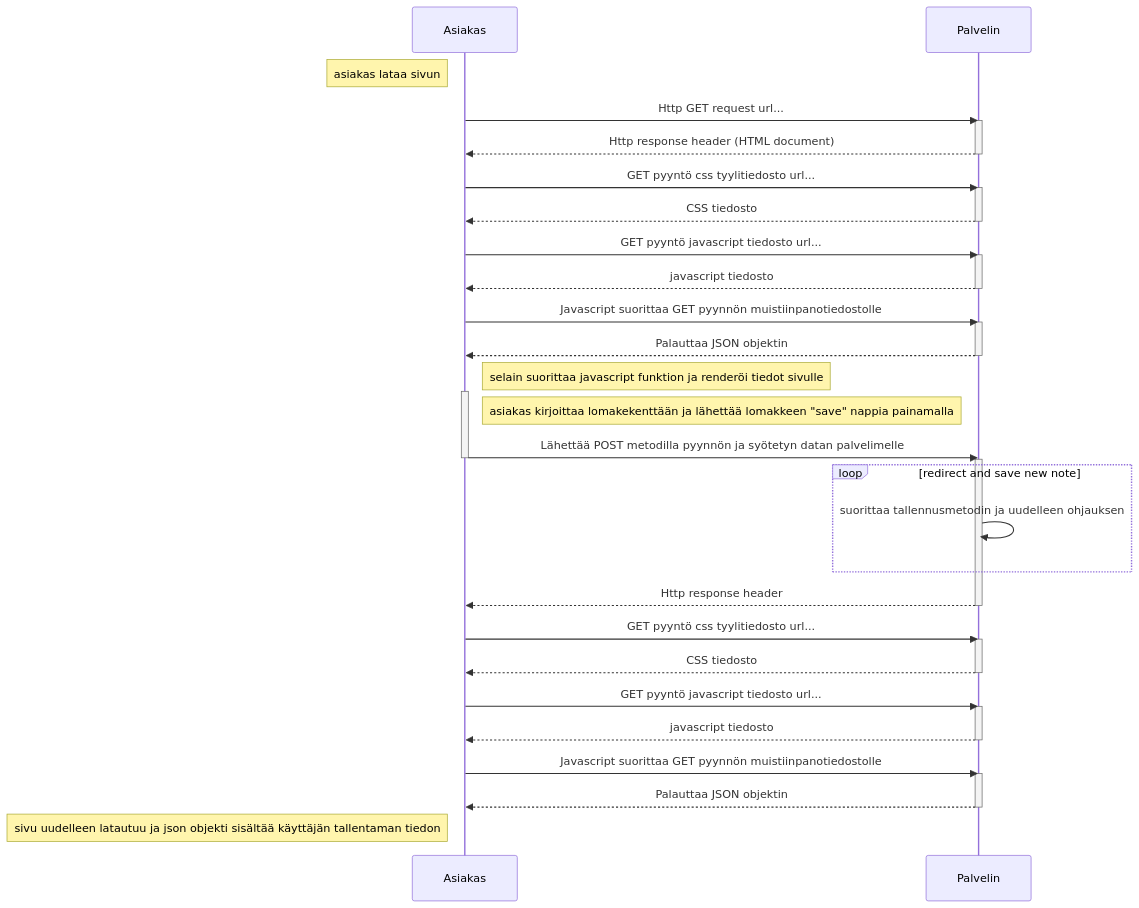
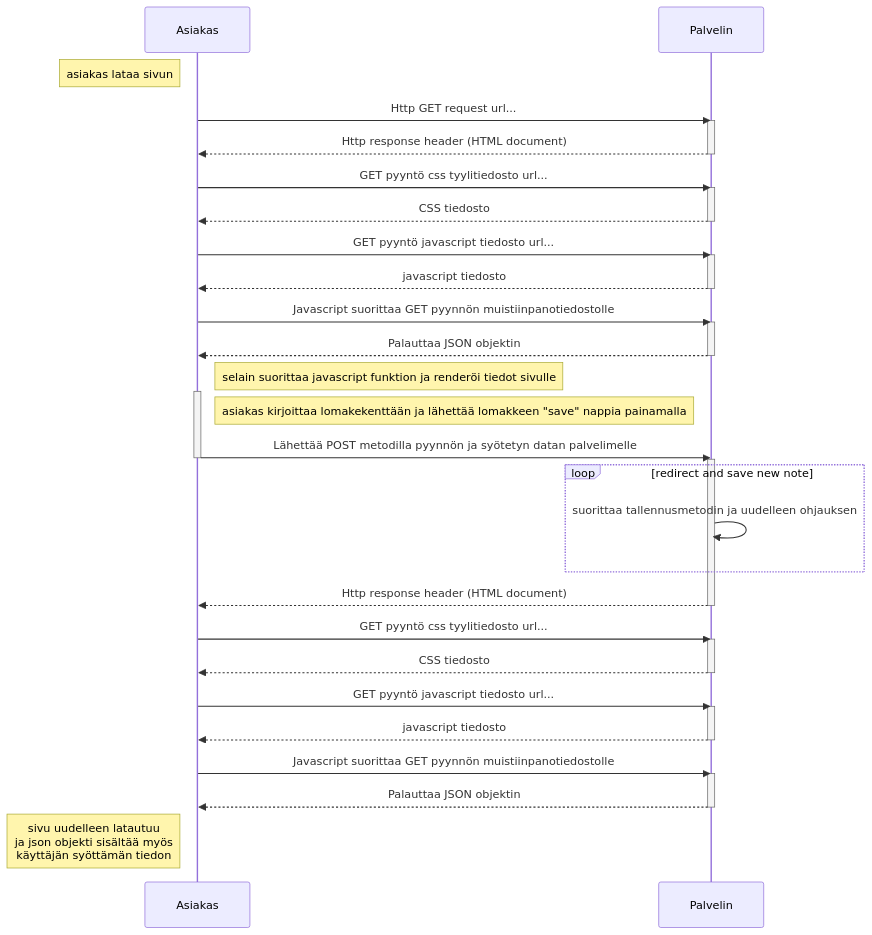
Before and after one commit to JarkkoKivi/fullStackOpen: the diagram in seqvenssikaavio.md, drawn with Mermaid.

````diff
--- a/seqvenssikaavio.md
+++ b/seqvenssikaavio.md
@@ -1,45 +1,45 @@
 ```mermaid
 sequenceDiagram
   
   note left of Asiakas: asiakas lataa sivun
   Asiakas->>Palvelin: Http GET request url...
   activate Palvelin
   Palvelin-->>Asiakas: Http response header (HTML document)
   deactivate Palvelin
   Asiakas->>Palvelin: GET pyyntö css tyylitiedosto url...
   activate Palvelin
   Palvelin-->>Asiakas: CSS tiedosto
   deactivate Palvelin
   Asiakas->>Palvelin: GET pyyntö javascript tiedosto url...
   activate Palvelin
   Palvelin-->>Asiakas: javascript tiedosto
   deactivate Palvelin
   Asiakas->>Palvelin: Javascript suorittaa GET pyynnön muistiinpanotiedostolle
   activate Palvelin
   Palvelin-->>Asiakas: Palauttaa JSON objektin
   deactivate Palvelin
   note right of Asiakas: selain suorittaa javascript funktion ja renderöi tiedot sivulle
   activate Asiakas
   note right of Asiakas: asiakas kirjoittaa lomakekenttään ja lähettää lomakkeen "save" nappia painamalla
   Asiakas->>Palvelin: Lähettää POST metodilla pyynnön ja syötetyn datan palvelimelle
   deactivate Asiakas
   activate Palvelin
   loop redirect and save new note
     Palvelin->>Palvelin: suorittaa tallennusmetodin ja uudelleen ohjauksen
   end
-  Palvelin-->>Asiakas: Http response header
+  Palvelin-->>Asiakas: Http response header (HTML document)
   deactivate Palvelin
   Asiakas->>Palvelin: GET pyyntö css tyylitiedosto url...
   activate Palvelin
   Palvelin-->>Asiakas: CSS tiedosto
   deactivate Palvelin
   Asiakas->>Palvelin: GET pyyntö javascript tiedosto url...
   activate Palvelin
   Palvelin-->>Asiakas: javascript tiedosto
   deactivate Palvelin
   Asiakas->>Palvelin: Javascript suorittaa GET pyynnön muistiinpanotiedostolle
   activate Palvelin
   Palvelin-->>Asiakas: Palauttaa JSON objektin
   deactivate Palvelin
-  note left of Asiakas: sivu uudelleen latautuu ja json objekti sisältää käyttäjän tallentaman tiedon
+  note left of Asiakas: sivu uudelleen latautuu<br/>ja json objekti sisältää myös<br/> käyttäjän syöttämän tiedon
   ```
````
